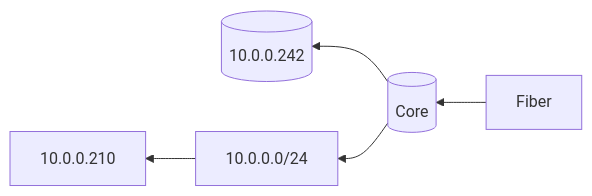
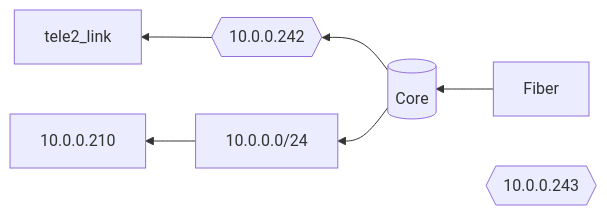
Before and after one commit to notkasim/DOCS: the diagram in top.md, drawn with Mermaid.

````diff
--- a/top.md
+++ b/top.md
@@ -1,8 +1,10 @@
 ```mermaid
 graph RL;
     core[(Core)]
     Fiber-->core;
-    core_link[(10.0.0.242)]
+    core_link{{10.0.0.242}}
     core-->core_link
     core-->10.0.0.0/24-->10.0.0.210
+    tele_link{{10.0.0.243}}
+    core_link-->tele2_link
 ```
````
